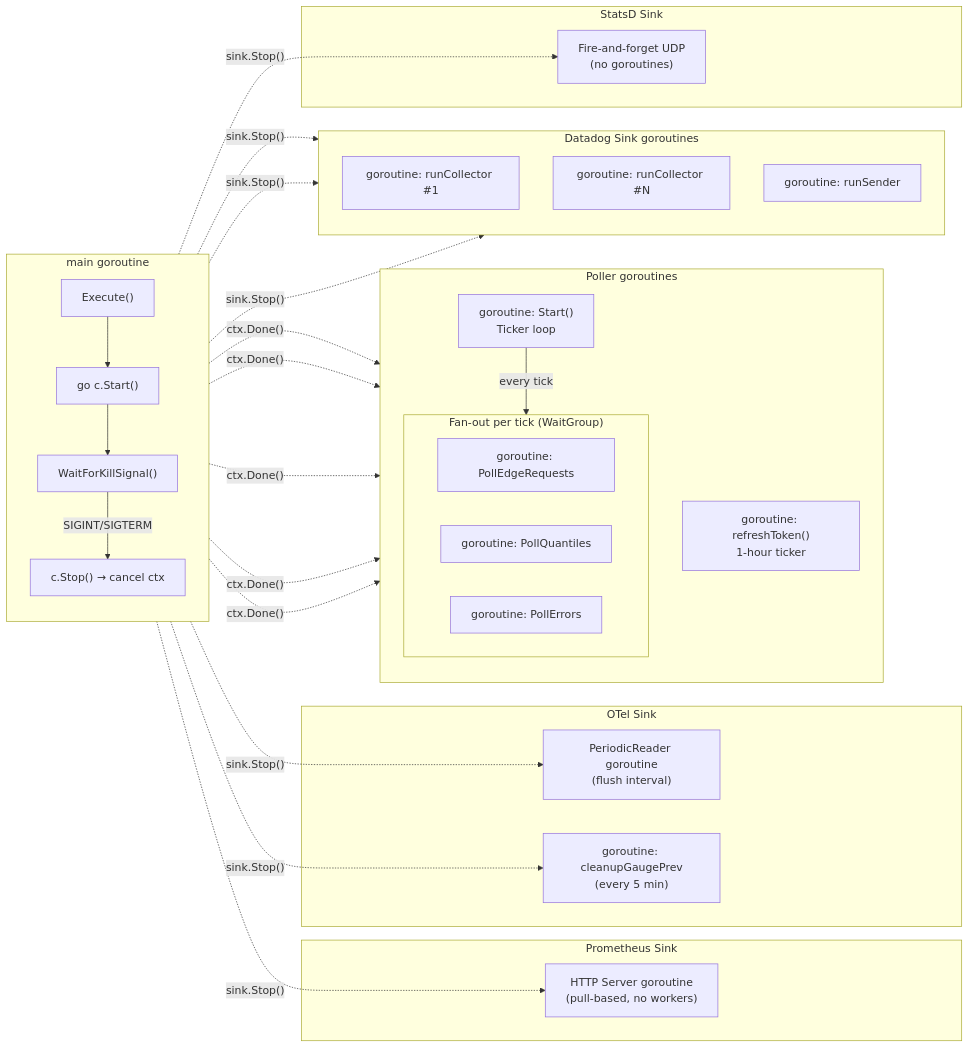
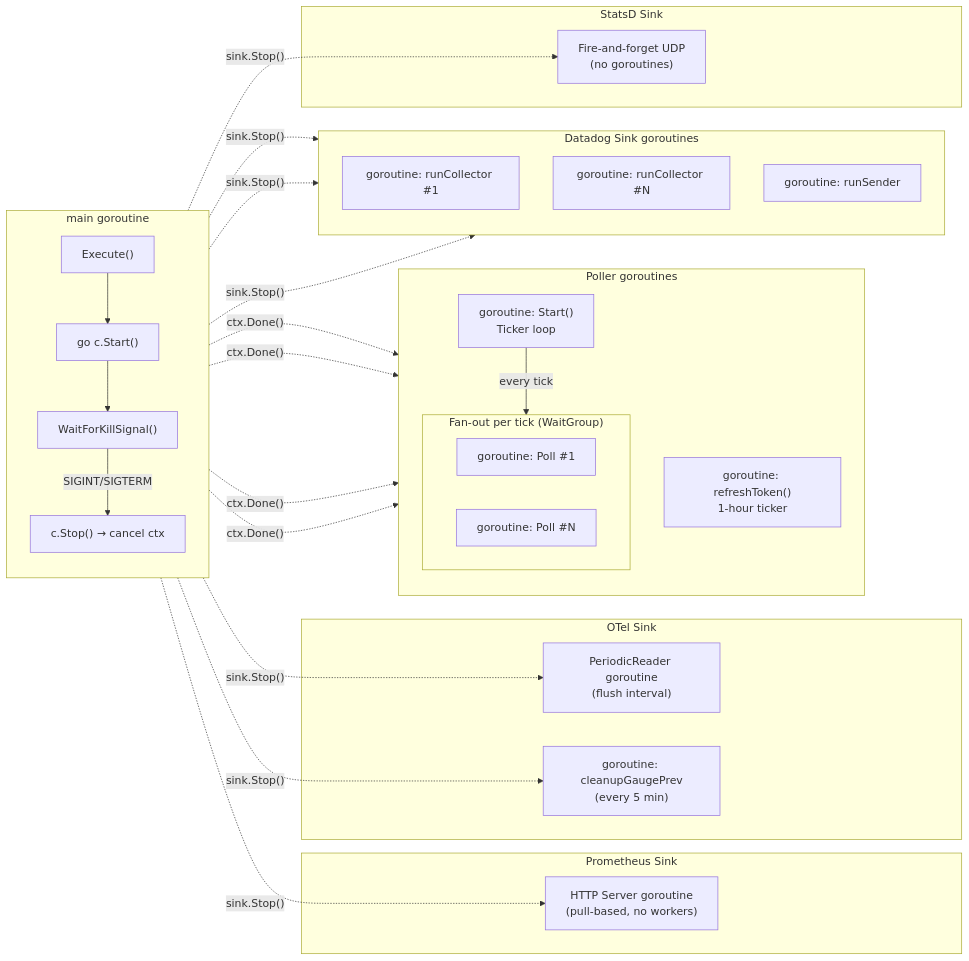
The second of 5 diagrams in ARCHITECTURE.md (mercereau/hydrolix-metrics-go), drawn with Mermaid before and after one commit. The commit also changed other lines of this file and 1 other file, not shown here.

````diff
--- a/ARCHITECTURE.md
+++ b/ARCHITECTURE.md
@@ -70,47 +68,46 @@
 ```mermaid
 flowchart LR
     subgraph main["main goroutine"]
         direction TB
         M1["Execute()"] --> M2["go c.Start()"]
         M2 --> M3["WaitForKillSignal()"]
         M3 -->|SIGINT/SIGTERM| M4["c.Stop() → cancel ctx"]
     end
 
     subgraph poller["Poller goroutines"]
         direction TB
         G1["goroutine: Start()<br/>Ticker loop"]
         G2["goroutine: refreshToken()<br/>1-hour ticker"]
 
         G1 -->|"every tick"| FAN
 
         subgraph FAN["Fan-out per tick (WaitGroup)"]
             direction LR
-            P1["goroutine: PollEdgeRequests"]
-            P2["goroutine: PollQuantiles"]
-            P3["goroutine: PollErrors"]
+            P1["goroutine: Poll #1"]
+            PN["goroutine: Poll #N"]
         end
     end
 
     subgraph ddsink["Datadog Sink goroutines"]
         direction TB
         C1["goroutine: runCollector #1"]
         CN["goroutine: runCollector #N"]
         S1["goroutine: runSender"]
     end
 
     subgraph promsink["Prometheus Sink"]
         HTTP["HTTP Server goroutine<br/>(pull-based, no workers)"]
     end
 
     subgraph otelsink["OTel Sink"]
         PR["PeriodicReader goroutine<br/>(flush interval)"]
         CL["goroutine: cleanupGaugePrev<br/>(every 5 min)"]
     end
 
     subgraph statsdsink["StatsD Sink"]
         UDP["Fire-and-forget UDP<br/>(no goroutines)"]
     end
 
-    M4 -.->|"ctx.Done()"| G1 & G2 & P1 & P2 & P3
+    M4 -.->|"ctx.Done()"| G1 & G2 & P1 & PN
     M4 -.->|"sink.Stop()"| C1 & CN & S1 & HTTP & PR & CL & UDP
 ```
````
